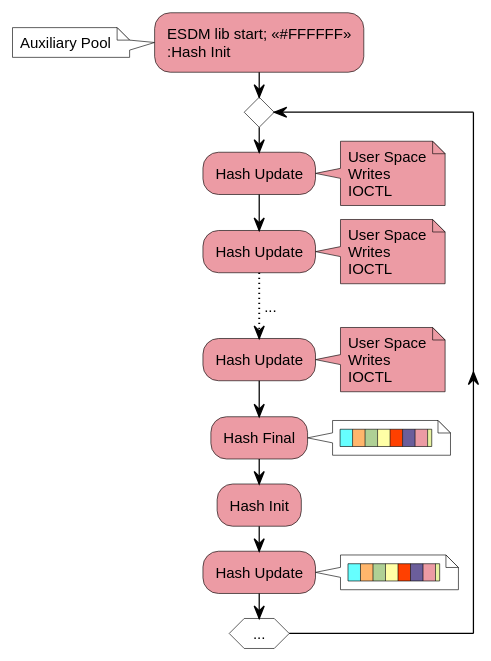
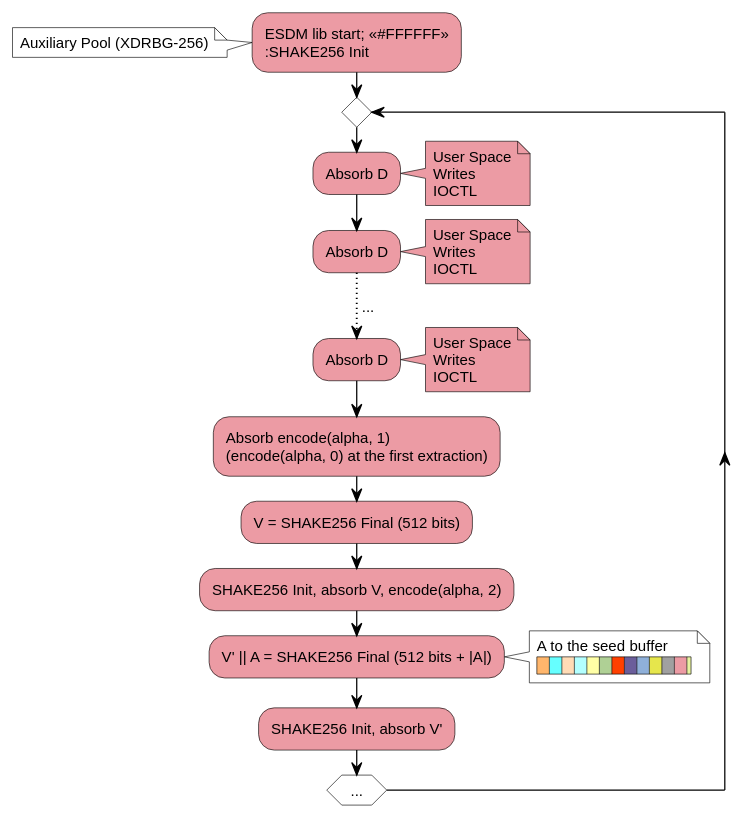
Before and after one commit to thillux/esdm: the diagram in doc/typst/figures/aux-pool-processing.puml, drawn with PlantUML. The commit also changed 17 other files, not shown here.

```diff
--- a/doc/typst/figures/aux-pool-processing.puml
+++ b/doc/typst/figures/aux-pool-processing.puml
@@ -1,49 +1,52 @@
 @startuml
-' Figure 2.8: Auxiliary Pool Processing
-' The auxiliary pool is a hash state; user space inserts three buffers.
+' Figure: Auxiliary Pool Processing
+' The auxiliary pool is an XDRBG-256 (esdm/crypto/esdm_xdrbg.c,
+' esdm/esdm_es_aux.c); user space inserts three buffers. The colours of the
+' seed buffer are those of figure big-picture.
 skinparam defaultFontName "Liberation Sans"
 skinparam defaultFontSize 12
 skinparam shadowing false
 skinparam ArrowColor #000000
 skinparam ActivityBorderColor #000000
 skinparam ActivityBackgroundColor #EC9BA4
 skinparam ActivityDiamondBackgroundColor #FFFFFF
 skinparam ActivityDiamondBorderColor #000000
 skinparam NoteBackgroundColor #EC9BA4
 skinparam NoteBorderColor #000000
 
 :ESDM lib start; <<#FFFFFF>>
-:Hash Init;
-note left #FFFFFF: Auxiliary Pool
+:SHAKE256 Init;
+note left #FFFFFF: Auxiliary Pool (XDRBG-256)
 repeat
-  :Hash Update;
+  :Absorb D;
   note right
     User Space
     Writes
     IOCTL
   end note
-  :Hash Update;
+  :Absorb D;
   note right
     User Space
     Writes
     IOCTL
   end note
   -[dotted]-> ...;
-  :Hash Update;
+  :Absorb D;
   note right
     User Space
     Writes
     IOCTL
   end note
-  :Hash Final;
+  :Absorb encode(alpha, 1)
+  (encode(alpha, 0) at the first extraction);
+  :V = SHAKE256 Final (512 bits);
+  :SHAKE256 Init, absorb V, encode(alpha, 2);
+  :V' || A = SHAKE256 Final (512 bits + |A|);
   note right #FFFFFF
-    |<#66FFFF>   |<#FFB66C>   |<#AFD095>   |<#FFFFA6>   |<#FF4000>   |<#6B5E9B>   |<#EC9BA4>   |<#E8F2A1> |
+    A to the seed buffer
+    |<#FFB66C>   |<#66FFFF>   |<#FFDBB6>   |<#B3FFFF>   |<#FFFFA6>   |<#AFD095>   |<#FF4000>   |<#6B5E9B>   |<#8FB0D9>   |<#E6E64C>   |<#A0A0A0>   |<#EC9BA4>   |<#E8F2A1> |
   end note
-  :Hash Init;
-  :Hash Update;
-  note right #FFFFFF
-    |<#66FFFF>   |<#FFB66C>   |<#AFD095>   |<#FFFFA6>   |<#FF4000>   |<#6B5E9B>   |<#EC9BA4>   |<#E8F2A1> |
-  end note
+  :SHAKE256 Init, absorb V';
 repeat while (...)
 detach
 @enduml
```
